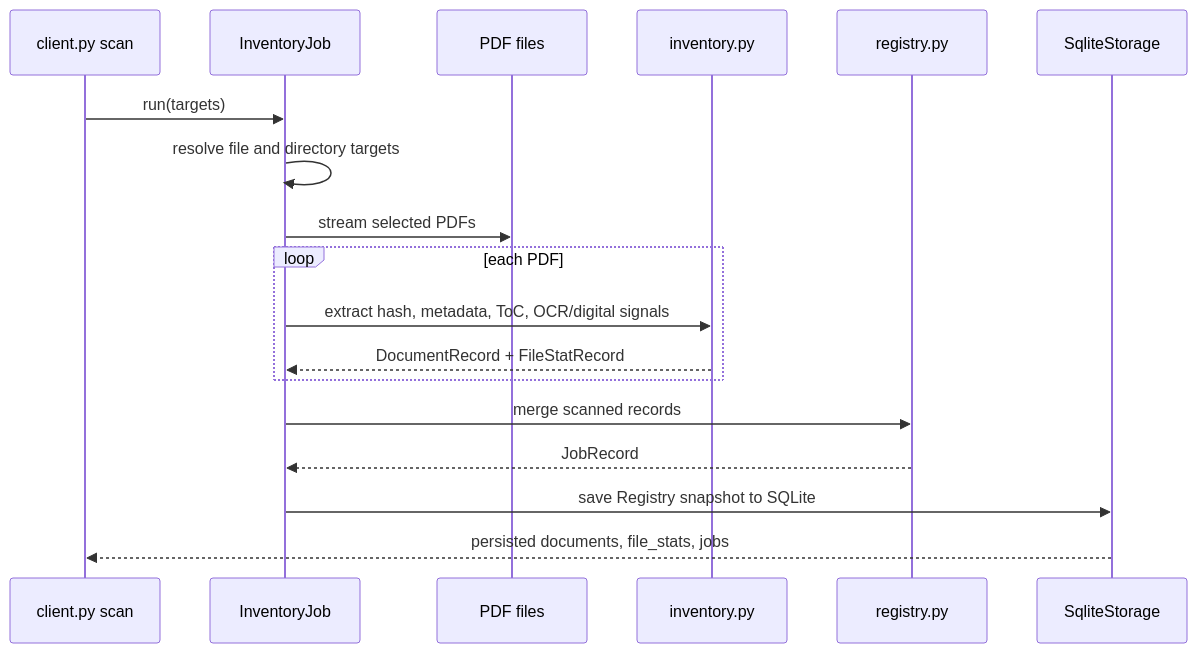
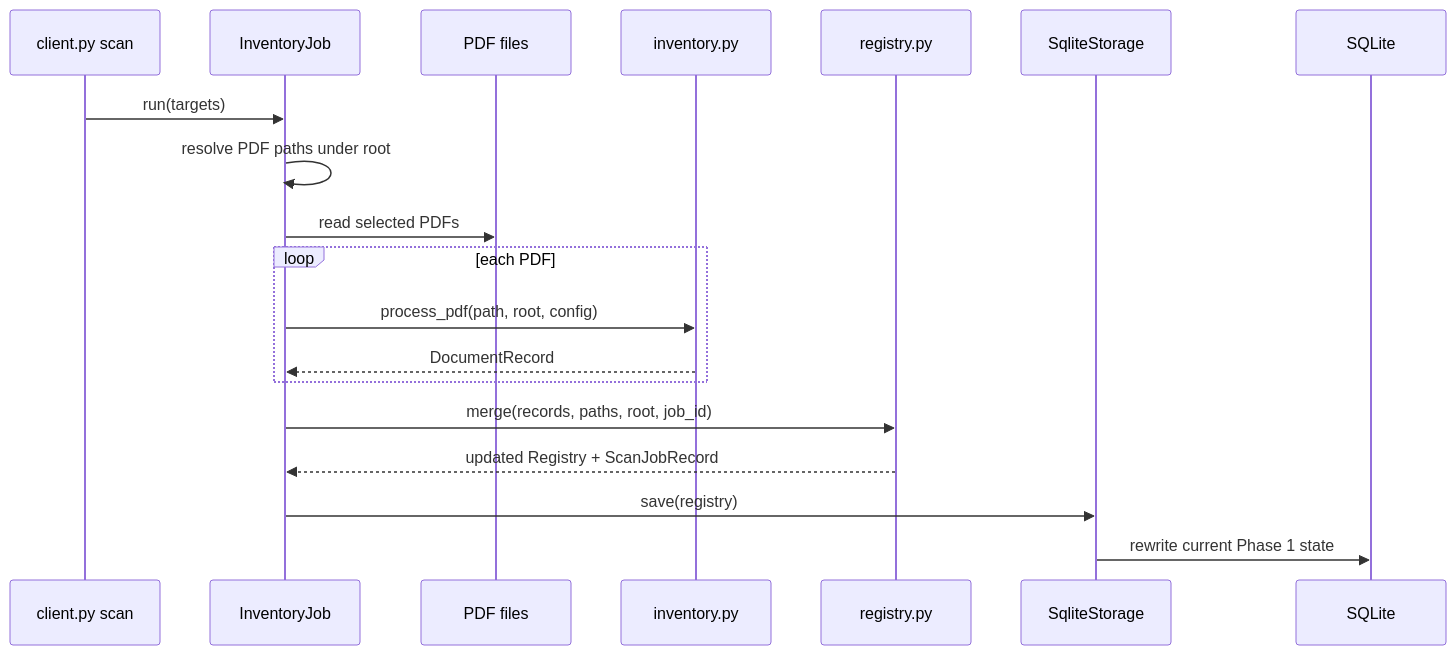
The first of 2 diagrams in docs/phase_flow.md (ABCjustE/PDFs), drawn with Mermaid before and after one commit. The commit also changed other lines of this file and 20 other files, not shown here.

Commit message:
refactor: clarify Phase 1 scan-state naming and add watch service

````diff
--- a/docs/phase_flow.md
+++ b/docs/phase_flow.md
@@ -5,21 +5,22 @@
 ```mermaid
 sequenceDiagram
     participant Client as client.py scan
     participant Job as InventoryJob
     participant FS as PDF files
     participant Inv as inventory.py
     participant Reg as registry.py
-    participant DB as SqliteStorage
+    participant Store as SqliteStorage
+    participant DB as SQLite
 
     Client->>Job: run(targets)
-    Job->>Job: resolve file and directory targets
-    Job->>FS: stream selected PDFs
+    Job->>Job: resolve PDF paths under root
+    Job->>FS: read selected PDFs
     loop each PDF
-        Job->>Inv: extract hash, metadata, ToC, OCR/digital signals
-        Inv-->>Job: DocumentRecord + FileStatRecord
+        Job->>Inv: process_pdf(path, root, config)
+        Inv-->>Job: DocumentRecord
     end
-    Job->>Reg: merge scanned records
-    Reg-->>Job: JobRecord
-    Job->>DB: save Registry snapshot to SQLite
-    DB-->>Client: persisted documents, file_stats, jobs
+    Job->>Reg: merge(records, paths, root, job_id)
+    Reg-->>Job: updated Registry + ScanJobRecord
+    Job->>Store: save(registry)
+    Store->>DB: rewrite current Phase 1 state
 ```
````
